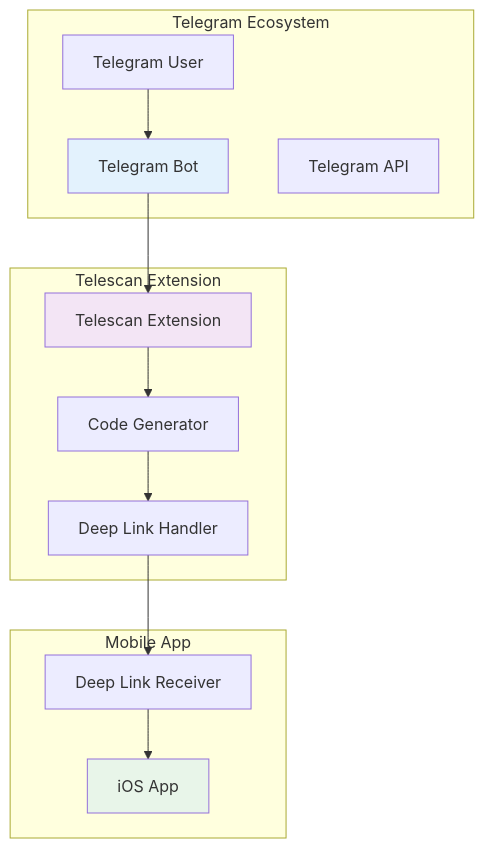
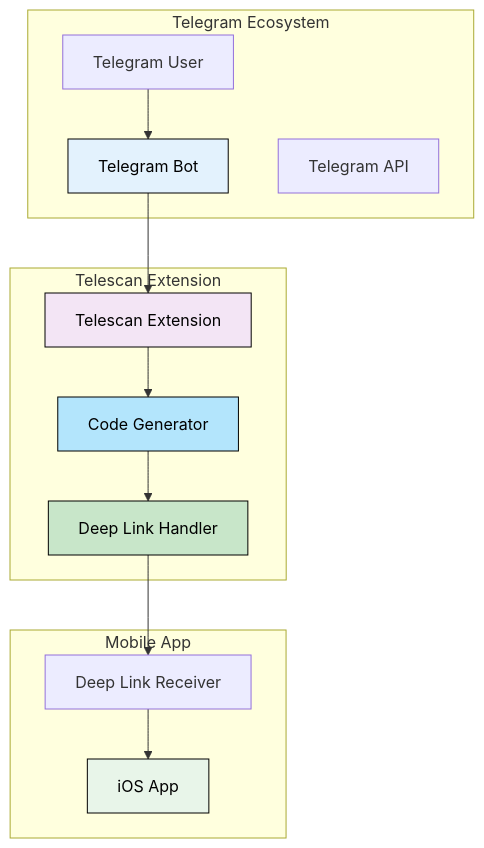
Before and after one commit to hiTechTeam/Telescan-iOS: diagram 12 of 14 in TelescaniOS/WHITEPAPER.md, drawn with Mermaid. The commit also changed other lines of this file, not shown here.

````diff
--- a/TelescaniOS/WHITEPAPER.md
+++ b/TelescaniOS/WHITEPAPER.md
@@ -426,30 +443,32 @@
 ```mermaid
 graph TB
     subgraph "Telegram Ecosystem"
         BOT[Telegram Bot]
         USER[Telegram User]
         API[Telegram API]
     end
 
     subgraph "Telescan Extension"
         EXT[Telescan Extension]
         CODE[Code Generator]
         LINK[Deep Link Handler]
     end
 
     subgraph "Mobile App"
         APP[iOS App]
         DEEPLINK[Deep Link Receiver]
     end
 
     USER --> BOT
     BOT --> EXT
     EXT --> CODE
     CODE --> LINK
     LINK --> DEEPLINK
     DEEPLINK --> APP
 
-    style BOT fill:#e3f2fd
-    style EXT fill:#f3e5f5
-    style APP fill:#e8f5e9
+    style BOT fill:#e3f2fd,stroke:#000,color:#000
+    style EXT fill:#f3e5f5,stroke:#000,color:#000
+    style APP fill:#e8f5e9,stroke:#000,color:#000
+    style CODE fill:#b3e5fc,stroke:#000,color:#000
+    style LINK fill:#c8e6c9,stroke:#000,color:#000
 ```
````
